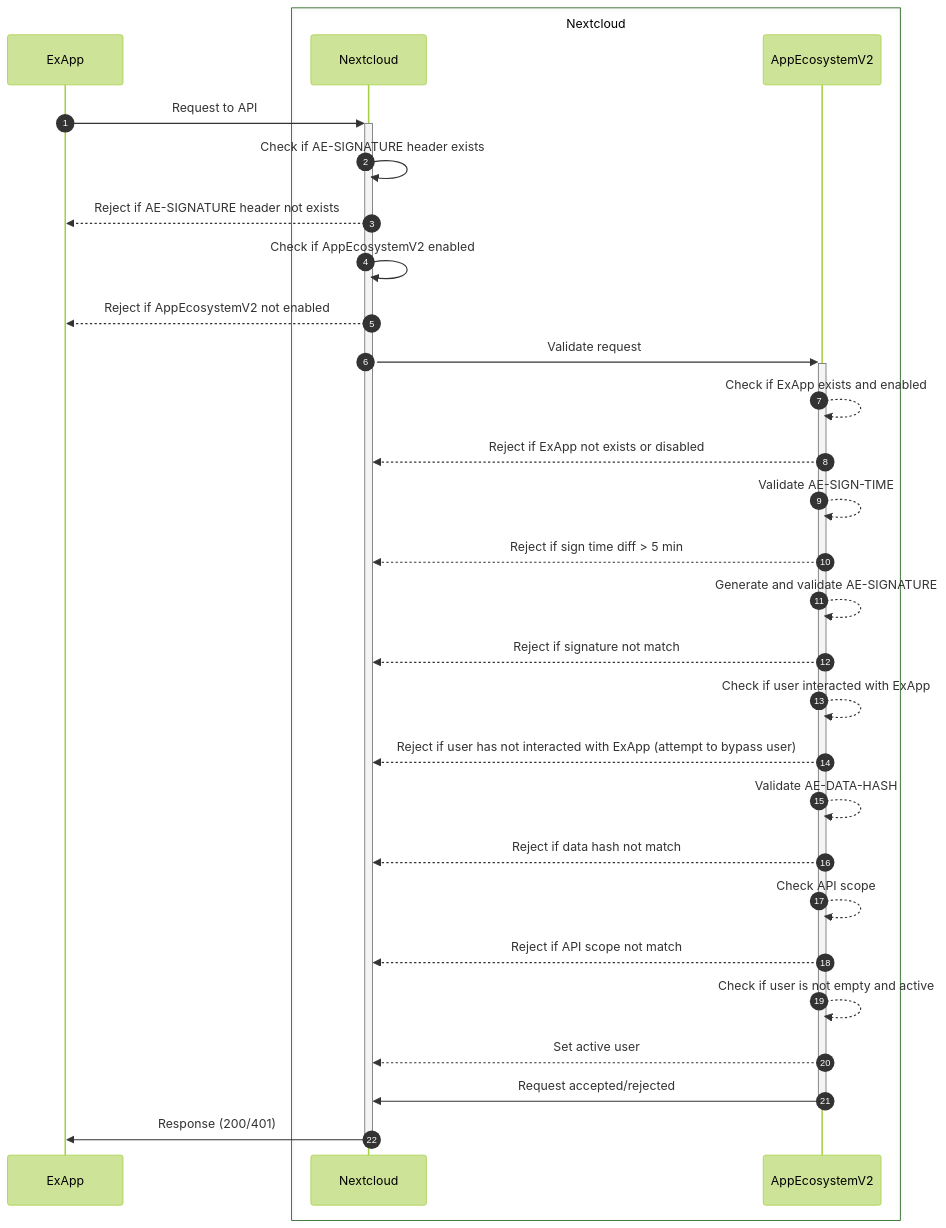
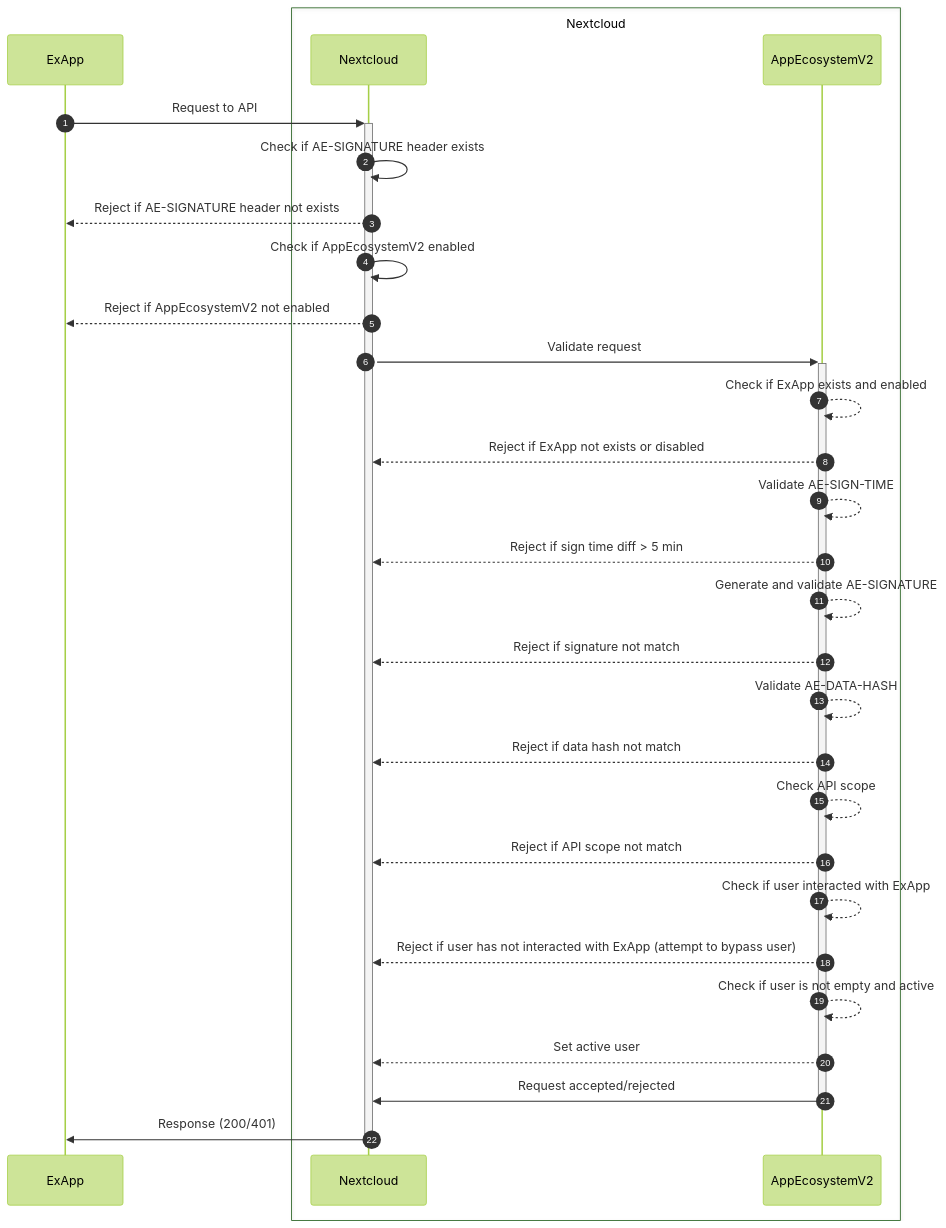
One commit to nextcloud/app_api changed the second of 2 diagrams in README.md. Above: the diagram before and after it, drawn with Mermaid (forest theme). The commit also changed other lines of this file and 11 other files, not shown here.

````diff
--- a/README.md
+++ b/README.md
@@ -104,31 +104,31 @@
 ```mermaid
 sequenceDiagram
 	autonumber
 	participant ExApp
 	box Nextcloud
 		participant Nextcloud
 		participant AppEcosystemV2
 	end
 	ExApp->>+Nextcloud: Request to API
 	Nextcloud->>Nextcloud: Check if AE-SIGNATURE header exists
 	Nextcloud-->>ExApp: Reject if AE-SIGNATURE header not exists
 	Nextcloud->>Nextcloud: Check if AppEcosystemV2 enabled
 	Nextcloud-->>ExApp: Reject if AppEcosystemV2 not enabled
 	Nextcloud->>+AppEcosystemV2: Validate request
 	AppEcosystemV2-->>AppEcosystemV2: Check if ExApp exists and enabled
 	AppEcosystemV2-->>Nextcloud: Reject if ExApp not exists or disabled
 	AppEcosystemV2-->>AppEcosystemV2: Validate AE-SIGN-TIME
 	AppEcosystemV2-->>Nextcloud: Reject if sign time diff > 5 min
 	AppEcosystemV2-->>AppEcosystemV2: Generate and validate AE-SIGNATURE
 	AppEcosystemV2-->>Nextcloud: Reject if signature not match
-	AppEcosystemV2-->>AppEcosystemV2: Check if user interacted with ExApp
-	AppEcosystemV2-->>Nextcloud: Reject if user has not interacted with ExApp (attempt to bypass user)
 	AppEcosystemV2-->>AppEcosystemV2: Validate AE-DATA-HASH
 	AppEcosystemV2-->>Nextcloud: Reject if data hash not match
 	AppEcosystemV2-->>AppEcosystemV2: Check API scope
 	AppEcosystemV2-->>Nextcloud: Reject if API scope not match
+	AppEcosystemV2-->>AppEcosystemV2: Check if user interacted with ExApp
+	AppEcosystemV2-->>Nextcloud: Reject if user has not interacted with ExApp (attempt to bypass user)
 	AppEcosystemV2-->>AppEcosystemV2: Check if user is not empty and active
 	AppEcosystemV2-->>Nextcloud: Set active user
 	AppEcosystemV2->>-Nextcloud: Request accepted/rejected
 	Nextcloud->>-ExApp: Response (200/401)
 ```
````
